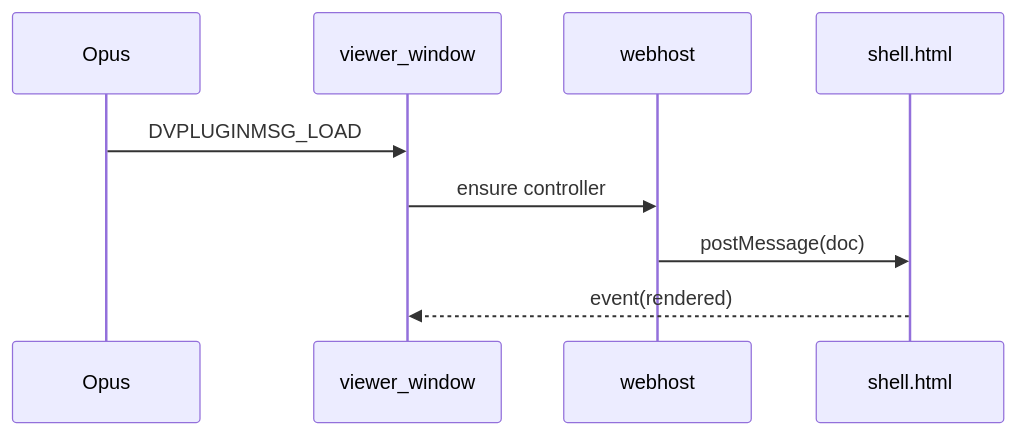
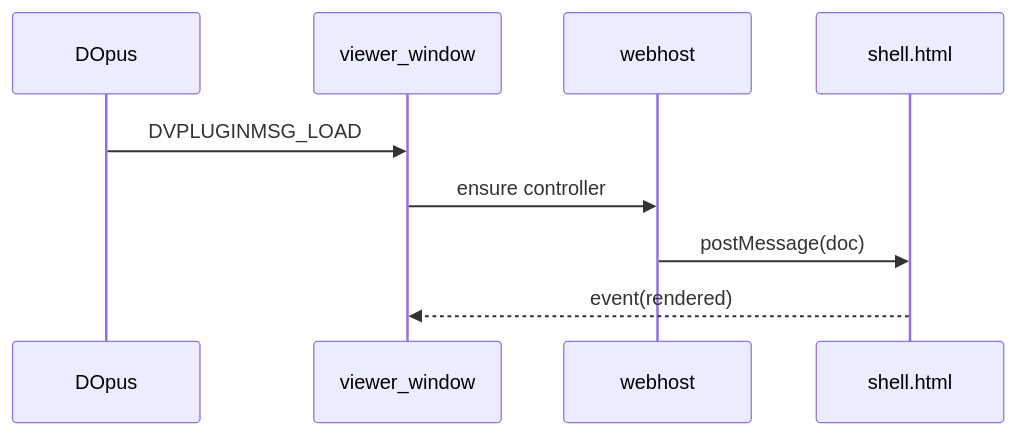
One commit to dsqm/DopusMdViewer changed the second of 3 diagrams in samples/math-mermaid.md. Above: the diagram before and after it, drawn with Mermaid. The commit also changed other lines of this file and 28 other files, not shown here.

````diff
--- a/samples/math-mermaid.md
+++ b/samples/math-mermaid.md
@@ -18,11 +18,11 @@
 ```mermaid
 sequenceDiagram
-  participant O as Opus
+  participant O as DOpus
   participant V as viewer_window
   participant H as webhost
   participant J as shell.html
   O->>V: DVPLUGINMSG_LOAD
   V->>H: ensure controller
   H->>J: postMessage(doc)
   J-->>V: event(rendered)
 ```
````
